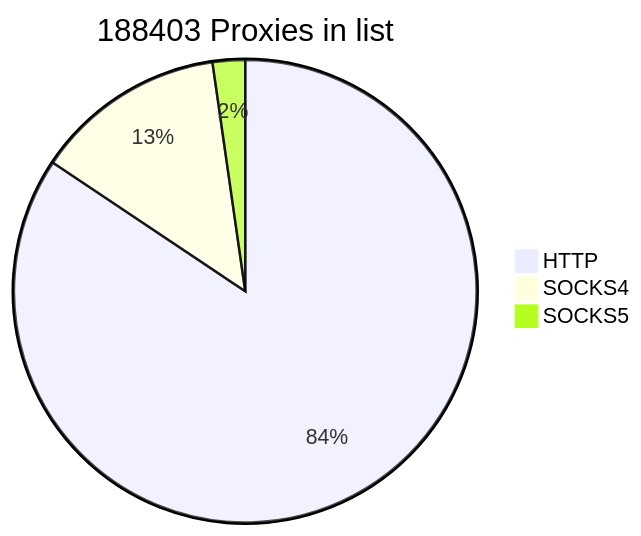
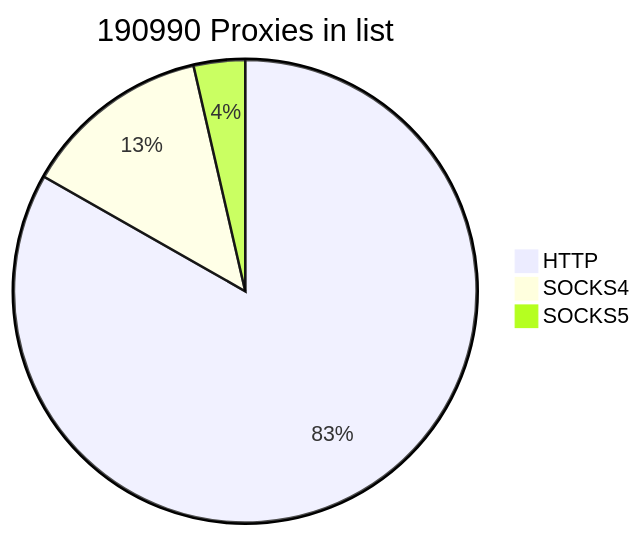
The first of 2 diagrams in README.md (cutipu/proxylist), drawn with Mermaid before and after one commit. The commit also changed other lines of this file, not shown here.

````diff
--- a/README.md
+++ b/README.md
@@ -2,7 +2,7 @@
 ```mermaid
-pie title 188403 Proxies in list
+pie title 190990 Proxies in list
     "HTTP" : 158972
     "SOCKS4" : 25162
-    "SOCKS5" : 4269
+    "SOCKS5" : 6856
             
 ```
````
